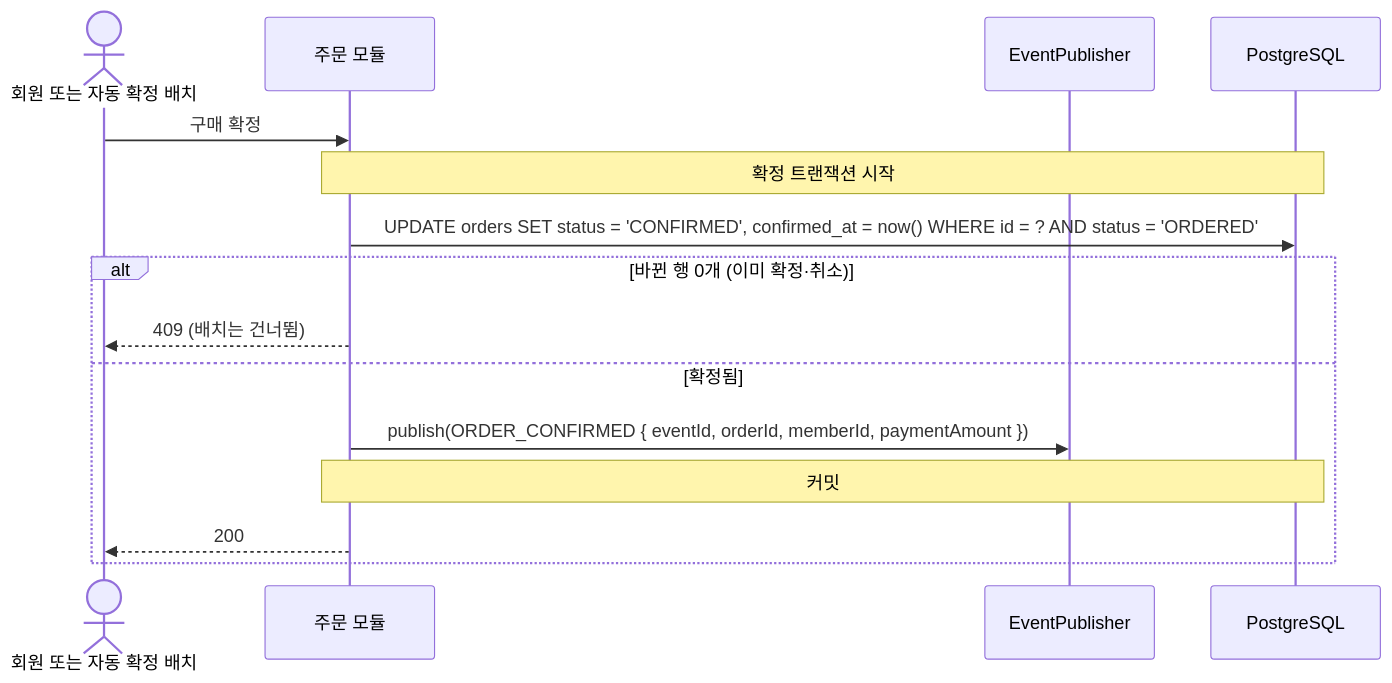
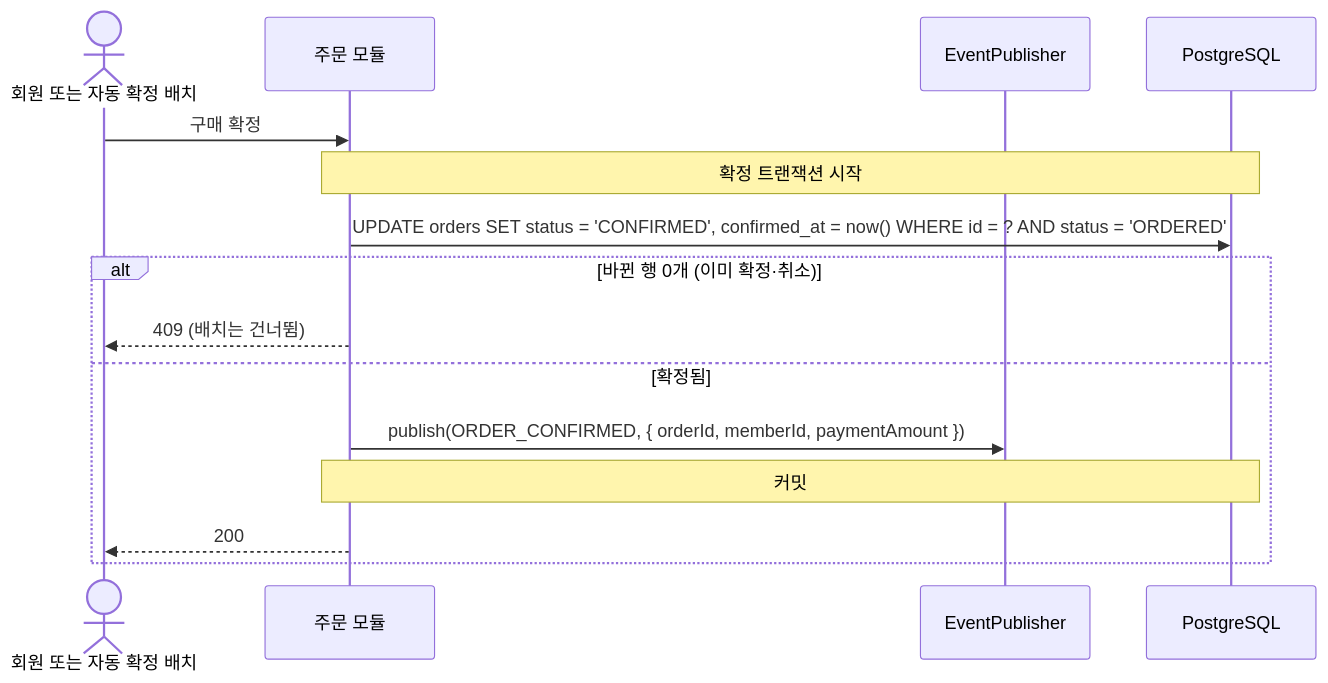
Before and after one commit to KAPUIST/flash-gate: the third of 6 diagrams in docs/features/point/flows.md, drawn with Mermaid. The commit also changed other lines of this file and 4 other files, not shown here.

Commit message:
Settle event contract, publish timing, handler registry, and test isolation

````diff
--- a/docs/features/point/flows.md
+++ b/docs/features/point/flows.md
@@ -138,18 +138,18 @@
 ```mermaid
 sequenceDiagram
     actor U as 회원 또는 자동 확정 배치
     participant O as 주문 모듈
     participant E as EventPublisher
     participant D as PostgreSQL
 
     U->>O: 구매 확정
     Note over O,D: 확정 트랜잭션 시작
     O->>D: UPDATE orders SET status = 'CONFIRMED', confirmed_at = now() WHERE id = ? AND status = 'ORDERED'
     alt 바뀐 행 0개 (이미 확정·취소)
         O-->>U: 409 (배치는 건너뜀)
     else 확정됨
-        O->>E: publish(ORDER_CONFIRMED { eventId, orderId, memberId, paymentAmount })
+        O->>E: publish(ORDER_CONFIRMED, { orderId, memberId, paymentAmount })
         Note over O,D: 커밋
         O-->>U: 200
     end
 ```
````
